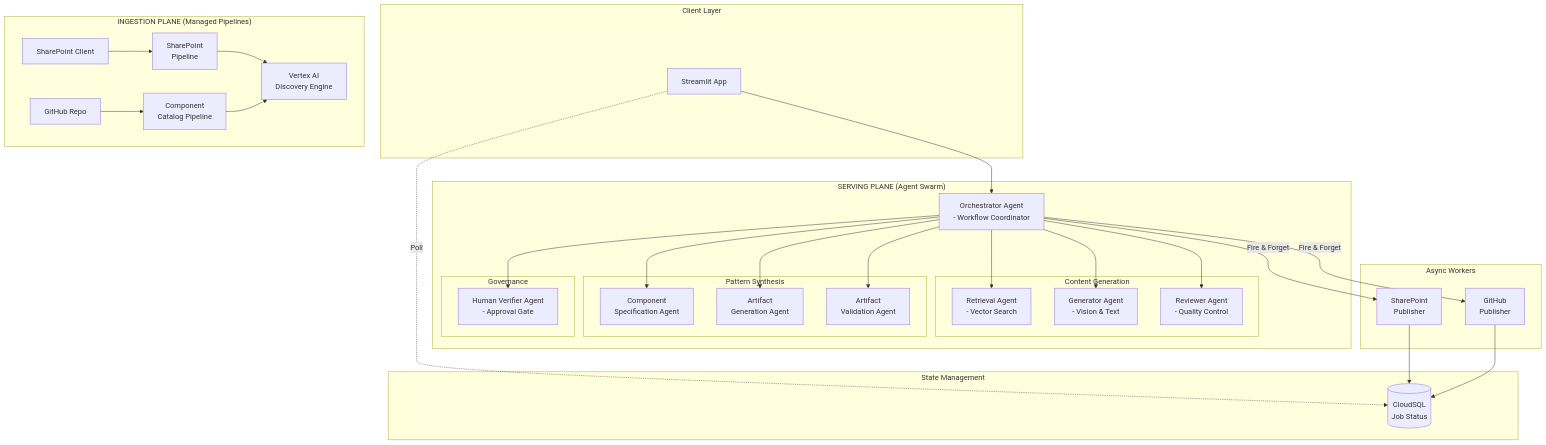
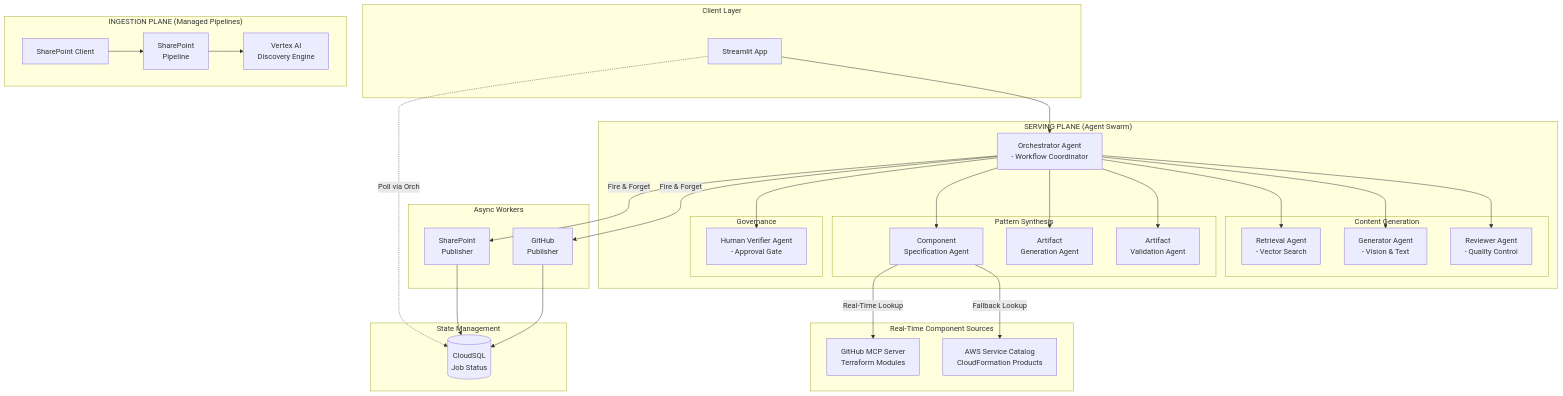
The first of 7 diagrams in DESIGN_DOCUMENT.md (rnerurkar/engen), drawn with Mermaid before and after one commit. The commit also changed other lines of this file, not shown here.

First line of the commit message:
Update DESIGN_DOCUMENT.md v2.0: Reflect real-time component resolution architecture

````diff
--- a/DESIGN_DOCUMENT.md
+++ b/DESIGN_DOCUMENT.md
@@ -30,63 +31,66 @@
 ```mermaid
 graph TB
     subgraph ClientLayer["Client Layer"]
         UI[Streamlit App]
     end
 
     subgraph Serving["SERVING PLANE (Agent Swarm)"]
         Orch[Orchestrator Agent<br/>- Workflow Coordinator]
         
         subgraph Generation["Content Generation"]
             Ret[Retrieval Agent<br/>- Vector Search]
             Gen[Generator Agent<br/>- Vision & Text]
             Rev[Reviewer Agent<br/>- Quality Control]
         end
         
         subgraph Synthesis["Pattern Synthesis"]
             CompSpec[Component<br/>Specification Agent]
             ArtGen[Artifact<br/>Generation Agent]
             ArtVal[Artifact<br/>Validation Agent]
         end
         
         subgraph Governance["Governance"]
             Human[Human Verifier Agent<br/>- Approval Gate]
         end
 
         Orch --> Ret
         Orch --> Gen
         Orch --> Rev
         Orch --> Human
         Orch --> CompSpec
         Orch --> ArtGen
         Orch --> ArtVal
     end
 
+    subgraph RealTimeSources["Real-Time Component Sources"]
+        GitHubMCP[GitHub MCP Server<br/>Terraform Modules]
+        AWSSC[AWS Service Catalog<br/>CloudFormation Products]
+    end
+
     subgraph Async["Async Workers"]
         PubDocs[SharePoint<br/>Publisher]
         PubCode[GitHub<br/>Publisher]
     end
     
     subgraph State["State Management"]
         DB[(CloudSQL<br/>Job Status)]
     end
 
     subgraph Ingestion["INGESTION PLANE (Managed Pipelines)"]
         SP[SharePoint Client]
-        Repo[GitHub Repo]
         SPPipe[SharePoint<br/>Pipeline]
-        CompPipe[Component<br/>Catalog Pipeline]
         VertexAI[Vertex AI<br/>Discovery Engine]
         
         SP --> SPPipe
-        Repo --> CompPipe
         SPPipe --> VertexAI
-        CompPipe --> VertexAI
     end
     
     UI --> Orch
-    UI -.->|Poll| DB
+    UI -.->|Poll via Orch| DB
     Orch -->|Fire & Forget| PubDocs
     Orch -->|Fire & Forget| PubCode
+    CompSpec -->|Real-Time Lookup| GitHubMCP
+    CompSpec -->|Fallback Lookup| AWSSC
     PubDocs --> DB
     PubCode --> DB
 ```
````
